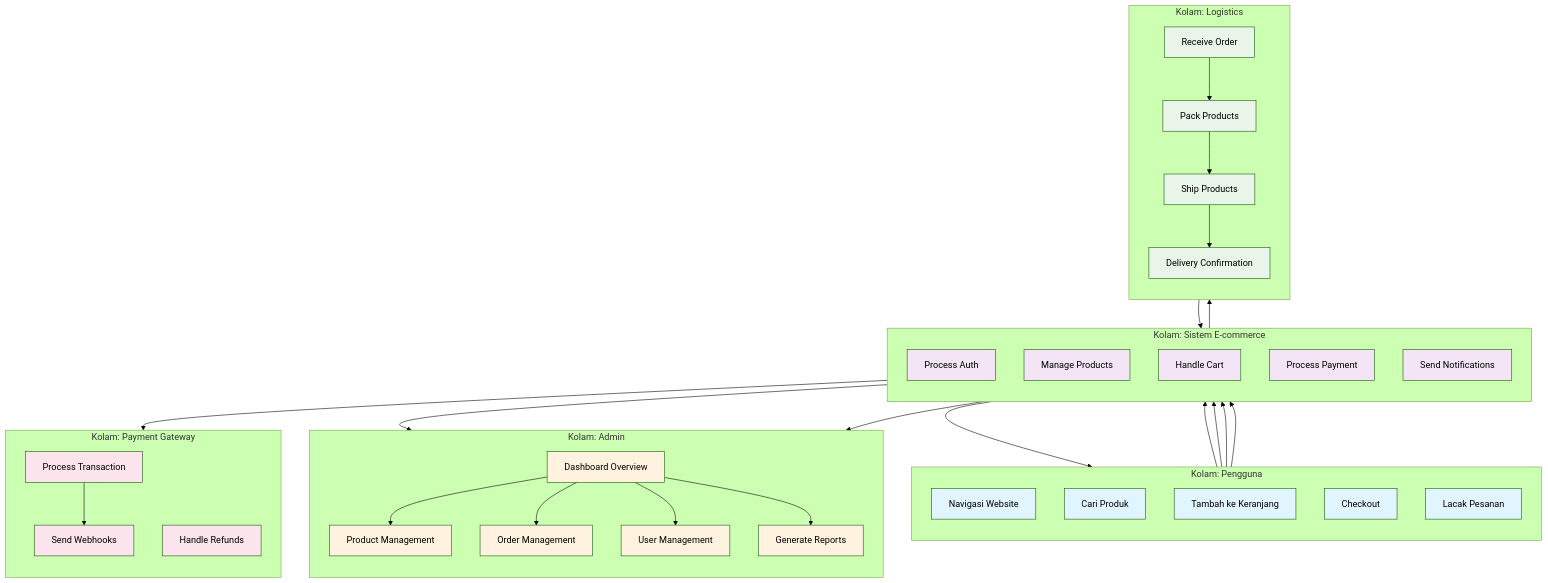
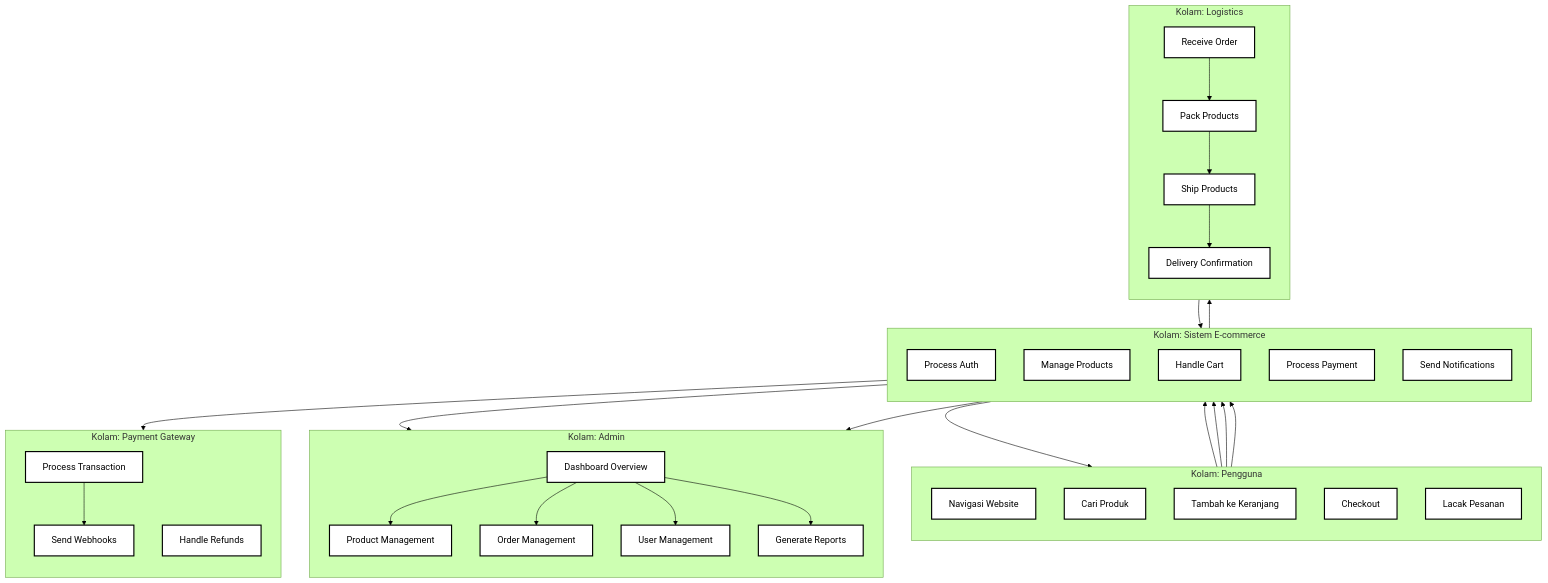
One commit to Grinti123/gerai-ayra-fullstack changed diagram 14 of 14 in README.md. Above: the diagram before and after it, drawn with Mermaid (forest theme). The commit also changed other lines of this file, not shown here.

````diff
--- a/README.md
+++ b/README.md
@@ -551,76 +535,68 @@
 ```mermaid
 flowchart TD
     subgraph "Kolam: Pengguna"
         direction TB
         U1[Navigasi Website]
         U2[Cari Produk]
         U3[Tambah ke Keranjang]
         U4[Checkout]
         U5[Lacak Pesanan]
     end
 
     subgraph "Kolam: Sistem E-commerce"
         direction TB
         S1[Process Auth]
         S2[Manage Products]
         S3[Handle Cart]
         S4[Process Payment]
         S5[Send Notifications]
     end
 
     subgraph "Kolam: Admin"
         direction TB
         A1[Dashboard Overview]
         A2[Product Management]
         A3[Order Management]
         A4[User Management]
         A5[Generate Reports]
     end
 
     subgraph "Kolam: Payment Gateway"
         direction TB
         P1[Process Transaction]
         P2[Send Webhooks]
         P3[Handle Refunds]
     end
 
     subgraph "Kolam: Logistics"
         direction TB
         L1[Receive Order]
         L2[Pack Products]
         L3[Ship Products]
         L4[Delivery Confirmation]
     end
 
     U1 --> S1
     U2 --> S2
     U3 --> S3
     U4 --> S4
     S4 --> P1
     P1 --> P2
     S5 --> U5
     S3 --> L1
     L1 --> L2
     L2 --> L3
     L3 --> L4
     L4 --> S5
 
     A1 --> A2
     A1 --> A3
     A1 --> A4
     A1 --> A5
     S2 --> A2
     S4 --> A3
 
-    classDef userpool fill:#e1f5fe
-    classDef systempool fill:#f3e5f5
-    classDef adminpool fill:#fff3e0
-    classDef paymentpool fill:#fce4ec
-    classDef logisticspool fill:#e8f5e8
+    classDef default fill:#ffffff,stroke:#000000,stroke-width:2px,color:#000000
 
-    class U1,U2,U3,U4,U5 userpool
-    class S1,S2,S3,S4,S5 systempool
-    class A1,A2,A3,A4,A5 adminpool
-    class P1,P2,P3 paymentpool
-    class L1,L2,L3,L4 logisticspool
+    class U1,U2,U3,U4,U5,S1,S2,S3,S4,S5,A1,A2,A3,A4,A5,P1,P2,P3,L1,L2,L3,L4 default
 ```
````
